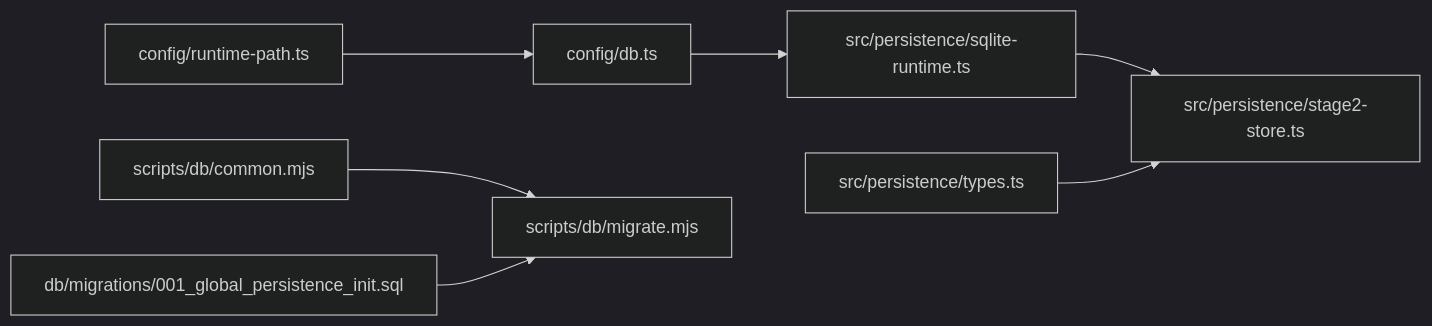
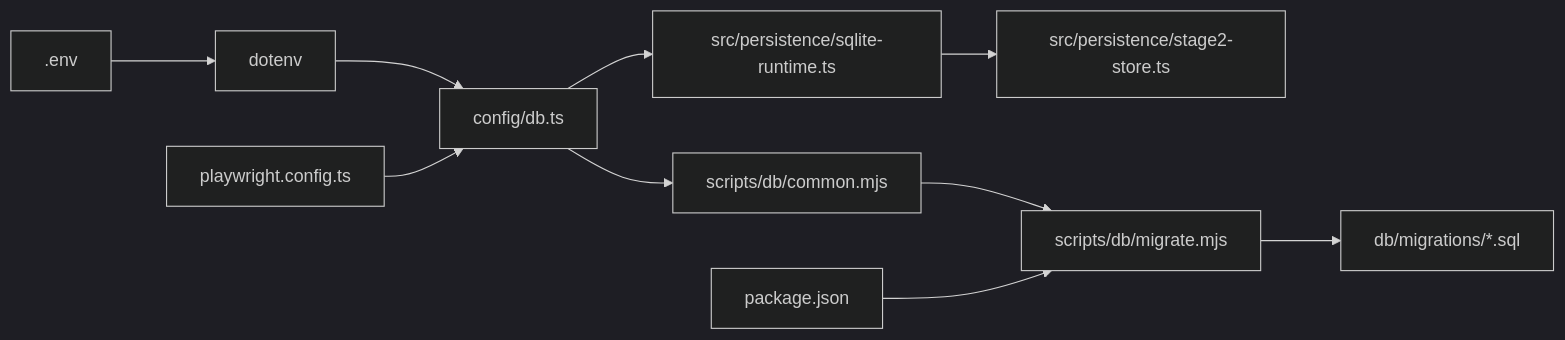
The sixth of 6 diagrams in .qoder/repowiki/zh/content/配置管理系统/数据库配置.md (Jiane-EJ/playwright-mind), drawn with Mermaid (dark theme) before and after one commit. The commit also changed other lines of this file and 151 other files, not shown here.

````diff
--- a/.qoder/repowiki/zh/content/配置管理系统/数据库配置.md
+++ b/.qoder/repowiki/zh/content/配置管理系统/数据库配置.md
@@ -359,9 +293,12 @@
 ```mermaid
 graph LR
-CFG_DB["config/db.ts"] --> RT_SQL["src/persistence/sqlite-runtime.ts"]
-CFG_RT["config/runtime-path.ts"] --> CFG_DB
-MIG_COMMON["scripts/db/common.mjs"] --> MIG_MJS["scripts/db/migrate.mjs"]
-MIG_SQL["db/migrations/001_global_persistence_init.sql"] --> MIG_MJS
-RT_SQL --> STAGE2["src/persistence/stage2-store.ts"]
-TYPES["src/persistence/types.ts"] --> STAGE2
+ENV[".env"] --> DOTENV["dotenv"]
+DOTENV --> CFG["config/db.ts"]
+CFG --> RT["src/persistence/sqlite-runtime.ts"]
+CFG --> CMN["scripts/db/common.mjs"]
+RT --> STORE["src/persistence/stage2-store.ts"]
+CMN --> MIGRATE["scripts/db/migrate.mjs"]
+MIGRATE --> SQL["db/migrations/*.sql"]
+PKG["package.json"] --> MIGRATE
+PCFG["playwright.config.ts"] --> CFG
 ```
````
